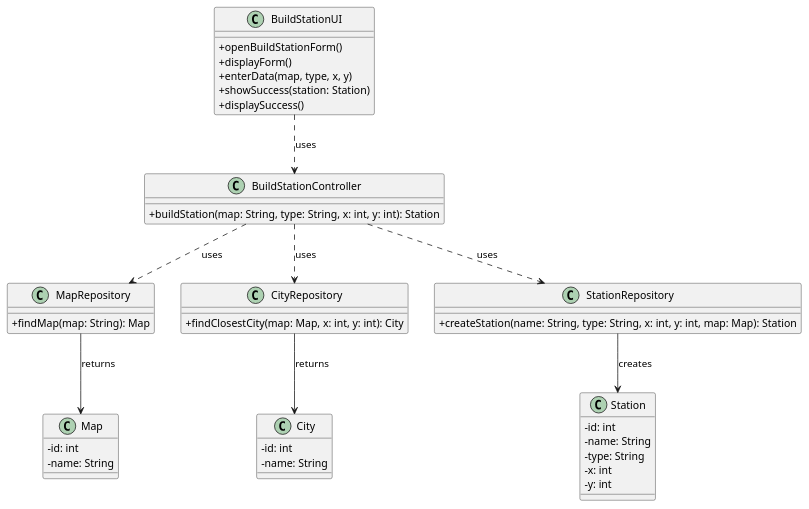
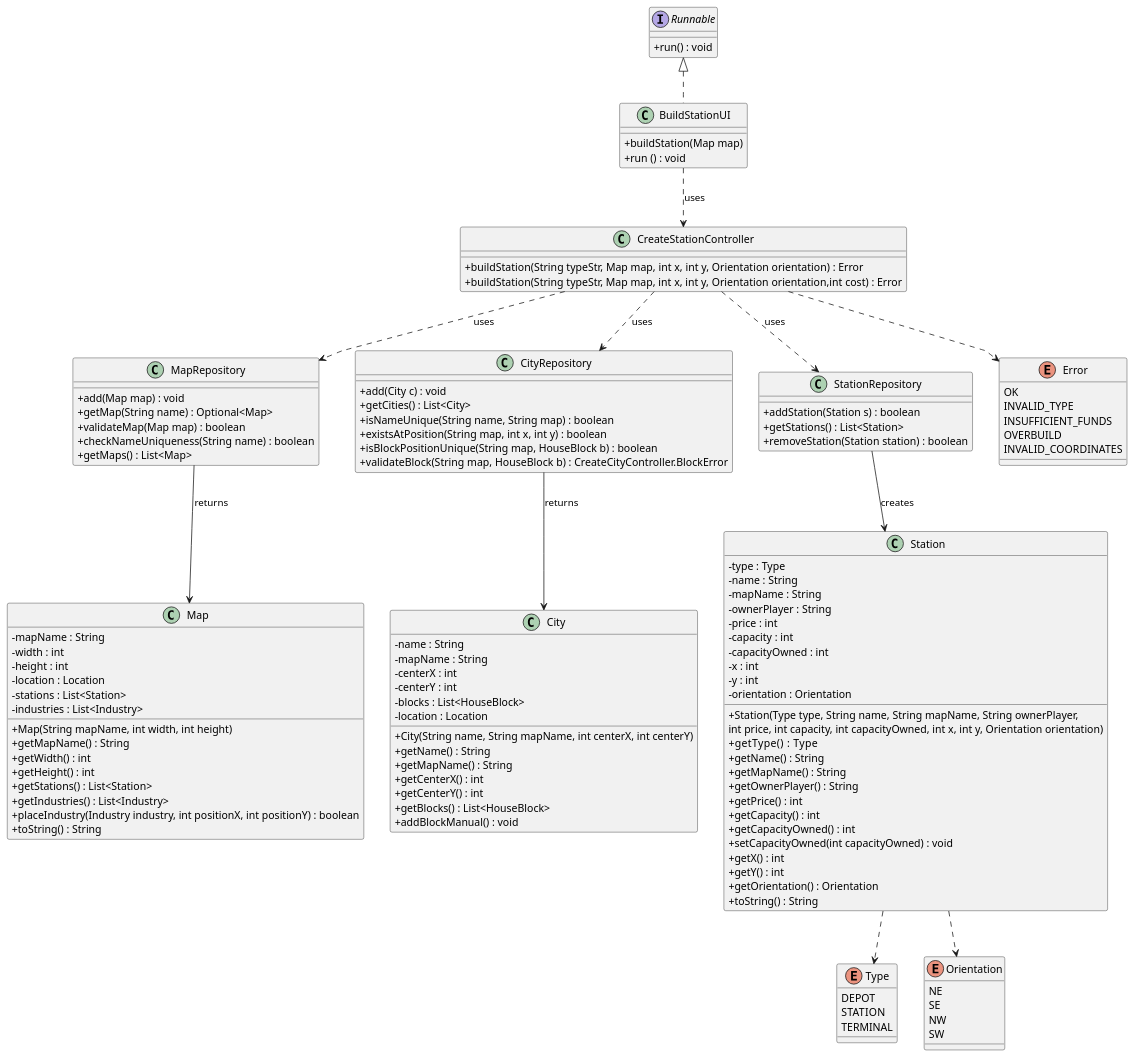
One commit to goncalolopesp/sem2-pi-24.25-g093-repo changed the diagram in docs/system-documentation/US005/03.design/puml/US005-CD.puml. Above: the diagram before and after it, drawn with PlantUML. The commit also changed 10 other files, not shown here.

```diff
--- a/docs/system-documentation/US005/03.design/puml/US005-CD.puml
+++ b/docs/system-documentation/US005/03.design/puml/US005-CD.puml
@@ -1,58 +1,138 @@
 @startuml US005-CD
 skinparam packageStyle rectangle
 skinparam shadowing false
 skinparam linetype polyline
 skinparam classAttributeIconSize 0
 
-class BuildStationUI {
-  + openBuildStationForm()
-  + displayForm()
-  + enterData(map, type, x, y)
-  + showSuccess(station: Station)
-  + displaySuccess()
+class BuildStationUI implements Runnable {
+  + buildStation(Map map)
+  + run () : void
+
 }
 
-class BuildStationController {
-  + buildStation(map: String, type: String, x: int, y: int): Station
+interface Runnable {
+    + run() : void
+}
+
+class CreateStationController {
+  + buildStation(String typeStr, Map map, int x, int y, Orientation orientation) : Error
+  + buildStation(String typeStr, Map map, int x, int y, Orientation orientation,int cost) : Error
 }
 
 class MapRepository {
-  + findMap(map: String): Map
+  + add(Map map) : void
+  + getMap(String name) : Optional<Map>
+  + validateMap(Map map) : boolean
+  + checkNameUniqueness(String name) : boolean
+  + getMaps() : List<Map>
 }
 
 class CityRepository {
-  + findClosestCity(map: Map, x: int, y: int): City
+  + add(City c) : void
+  + getCities() : List<City>
+  + isNameUnique(String name, String map) : boolean
+  + existsAtPosition(String map, int x, int y) : boolean
+  + isBlockPositionUnique(String map, HouseBlock b) : boolean
+  + validateBlock(String map, HouseBlock b) : CreateCityController.BlockError
 }
 
 class StationRepository {
-  + createStation(name: String, type: String, x: int, y: int, map: Map): Station
+  + addStation(Station s) : boolean
+  + getStations() : List<Station>
+  + removeStation(Station station) : boolean
 }
 
 class Map {
-  - id: int
-  - name: String
+    - mapName : String
+    - width : int
+    - height : int
+    - location : Location
+    - stations : List<Station>
+    - industries : List<Industry>
+    + Map(String mapName, int width, int height)
+    + getMapName() : String
+    + getWidth() : int
+    + getHeight() : int
+    + getStations() : List<Station>
+    + getIndustries() : List<Industry>
+    + placeIndustry(Industry industry, int positionX, int positionY) : boolean
+    + toString() : String
 }
 
 class City {
-  - id: int
-  - name: String
+    - name : String
+    - mapName : String
+    - centerX : int
+    - centerY : int
+    - blocks : List<HouseBlock>
+    - location : Location
+    + City(String name, String mapName, int centerX, int centerY)
+    + getName() : String
+    + getMapName() : String
+    + getCenterX() : int
+    + getCenterY() : int
+    + getBlocks() : List<HouseBlock>
+    + addBlockManual() : void
 }
 
 class Station {
-  - id: int
-  - name: String
-  - type: String
-  - x: int
-  - y: int
+    - type : Type
+    - name : String
+    - mapName : String
+    - ownerPlayer : String
+    - price : int
+    - capacity : int
+    - capacityOwned : int
+    - x : int
+    - y : int
+    - orientation : Orientation
+    + Station(Type type, String name, String mapName, String ownerPlayer,
+                         int price, int capacity, int capacityOwned, int x, int y, Orientation orientation)
+    + getType()   : Type
+    + getName() : String
+    + getMapName() : String
+    + getOwnerPlayer() : String
+    + getPrice() : int
+    + getCapacity() : int
+    + getCapacityOwned() : int
+    + setCapacityOwned(int capacityOwned) : void
+    + getX() : int
+    + getY() : int
+    + getOrientation() : Orientation
+    + toString() : String
+
 }
 
-BuildStationUI ..> BuildStationController : uses
-BuildStationController ..> MapRepository    : uses
-BuildStationController ..> CityRepository   : uses
-BuildStationController ..> StationRepository: uses
+enum  Type{
+    DEPOT
+    STATION
+    TERMINAL
+}
 
+enum  Orientation{
+    NE
+    SE
+    NW
+    SW
+}
+
+enum Error {
+    OK
+    INVALID_TYPE
+    INSUFFICIENT_FUNDS
+    OVERBUILD
+    INVALID_COORDINATES
+}
+
+BuildStationUI ..> CreateStationController : uses
+CreateStationController ..> MapRepository    : uses
+CreateStationController ..> CityRepository   : uses
+CreateStationController ..> StationRepository: uses
+Station ..> Type
+Station ..> Orientation
+CreateStationController ..> Error
 MapRepository --> Map : returns
 CityRepository --> City : returns
 StationRepository --> Station : creates
 
 @enduml
```
